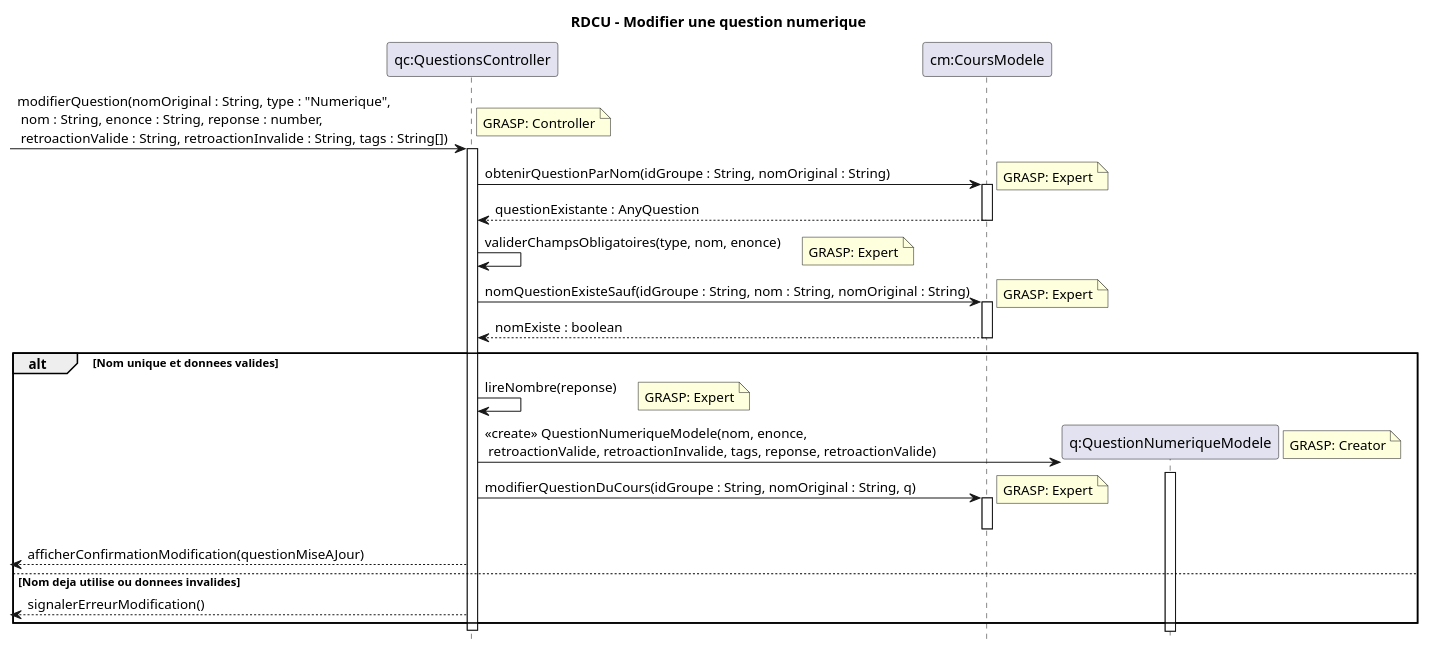
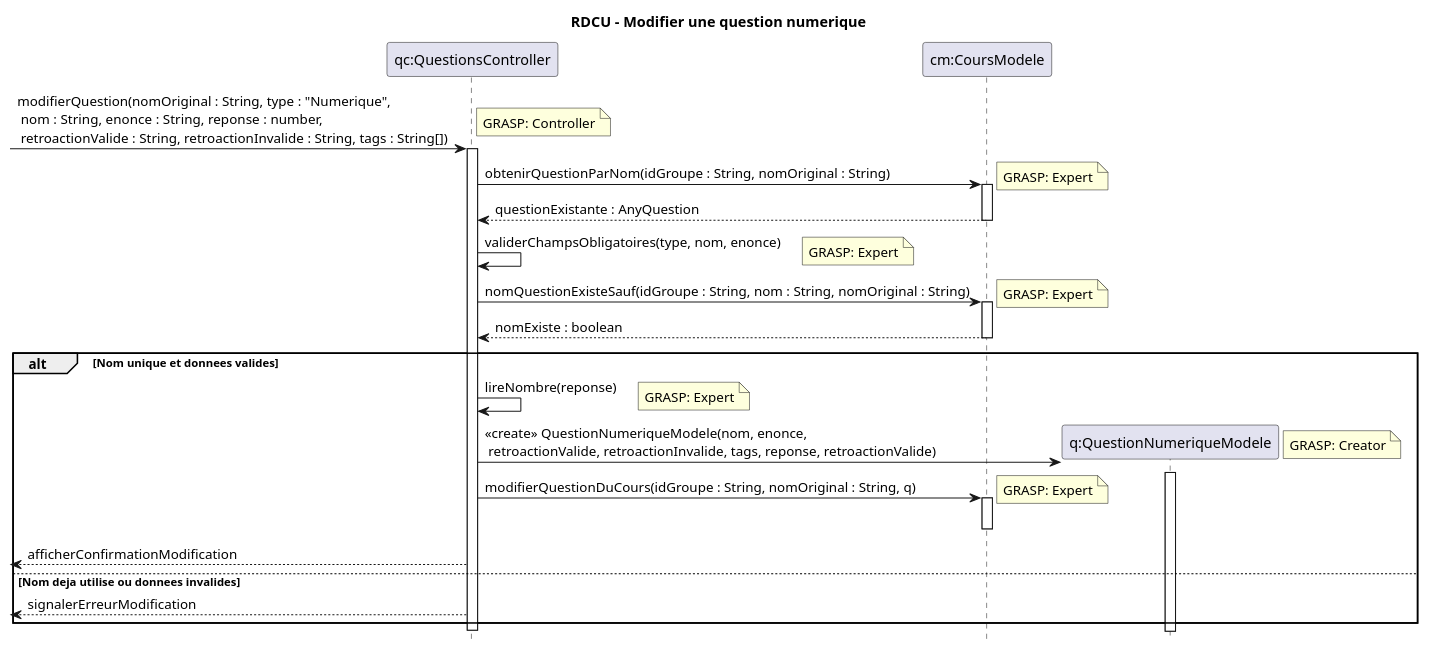
Before and after one commit to xMrYahya/moodle-clone: the diagram in docs/modeles/cu02/rdcu-modifier-question-numerique.puml, drawn with PlantUML. The commit also changed 14 other files, not shown here.

```diff
--- a/docs/modeles/cu02/rdcu-modifier-question-numerique.puml
+++ b/docs/modeles/cu02/rdcu-modifier-question-numerique.puml
@@ -1,49 +1,49 @@
 @startuml
 hide footbox
 title RDCU - Modifier une question numerique
 
 participant "qc:QuestionsController" as QC
 participant "cm:CoursModele" as CM
 participant "q:QuestionNumeriqueModele" as Q
 
 -> QC : modifierQuestion(nomOriginal : String, type : "Numerique",\n nom : String, enonce : String, reponse : number,\n retroactionValide : String, retroactionInvalide : String, tags : String[])
 note right: GRASP: Controller
 activate QC
 
 QC -> CM : obtenirQuestionParNom(idGroupe : String, nomOriginal : String)
 note right: GRASP: Expert
 activate CM
 CM --> QC : questionExistante : AnyQuestion
 deactivate CM
 
 QC -> QC : validerChampsObligatoires(type, nom, enonce)
 note right: GRASP: Expert
 
 QC -> CM : nomQuestionExisteSauf(idGroupe : String, nom : String, nomOriginal : String)
 note right: GRASP: Expert
 activate CM
 CM --> QC : nomExiste : boolean
 deactivate CM
 
 alt Nom unique et donnees valides
   QC -> QC : lireNombre(reponse)
   note right: GRASP: Expert
 
   create Q
   QC -> Q : <<create>> QuestionNumeriqueModele(nom, enonce,\n retroactionValide, retroactionInvalide, tags, reponse, retroactionValide)
   note right: GRASP: Creator
   activate Q
   deactivate Q
 
   QC -> CM : modifierQuestionDuCours(idGroupe : String, nomOriginal : String, q)
   note right: GRASP: Expert
   activate CM
   deactivate CM
 
-  <-- QC : afficherConfirmationModification(questionMiseAJour)
+  <-- QC : afficherConfirmationModification
 else Nom deja utilise ou donnees invalides
-  <-- QC : signalerErreurModification()
+  <-- QC : signalerErreurModification
 end
 
 deactivate QC
 @enduml
```
